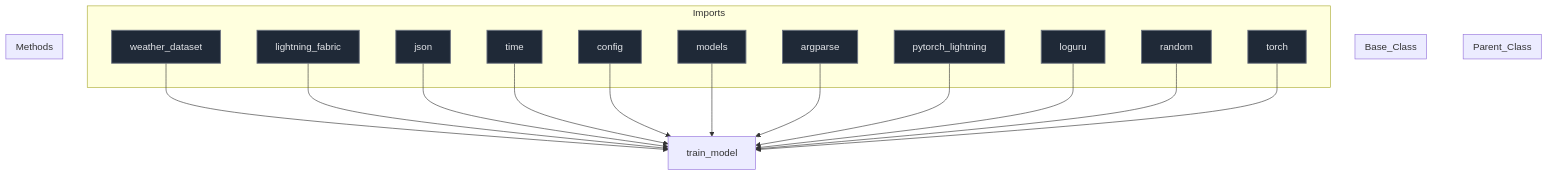
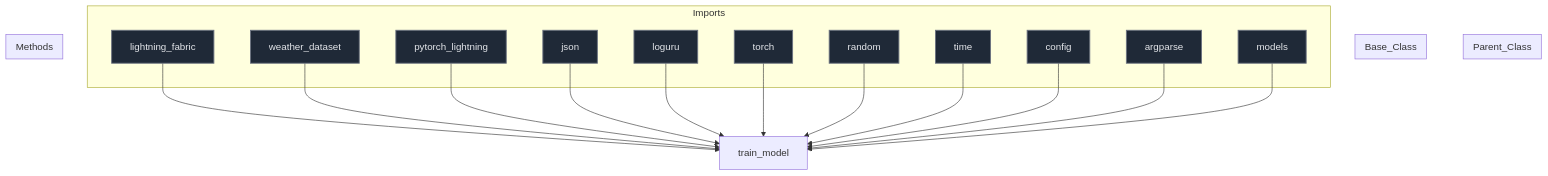
The diagram in docs/diagrams/train_model_diagram.md (mllam/neural-lam), drawn with Mermaid before and after one commit. The commit also changed 18 other files, not shown here.

Commit message:
Auto-update Mermaid diagrams

````diff
--- a/docs/diagrams/train_model_diagram.md
+++ b/docs/diagrams/train_model_diagram.md
@@ -1,51 +1,51 @@
 ```mermaid
 %%{init: {'flowchart': {'nodeSpacing': 60, 'rankSpacing': 80}}}%%
 flowchart TD
 
 module["train_model"]
 
 subgraph Parent_Class
 end
 
 subgraph Base_Class
 end
 
 
 subgraph Imports
+    lightning_fabric["lightning_fabric"]
     weather_dataset["weather_dataset"]
-    lightning_fabric["lightning_fabric"]
+    pytorch_lightning["pytorch_lightning"]
     json["json"]
+    loguru["loguru"]
+    torch["torch"]
+    random["random"]
     time["time"]
     config["config"]
+    argparse["argparse"]
     models["models"]
-    argparse["argparse"]
-    pytorch_lightning["pytorch_lightning"]
-    loguru["loguru"]
-    random["random"]
-    torch["torch"]
 end
 
+    lightning_fabric --> module
     weather_dataset --> module
-    lightning_fabric --> module
+    pytorch_lightning --> module
     json --> module
+    loguru --> module
+    torch --> module
+    random --> module
     time --> module
     config --> module
+    argparse --> module
     models --> module
-    argparse --> module
-    pytorch_lightning --> module
-    loguru --> module
-    random --> module
-    torch --> module
 
 subgraph Methods
 end
 
 
 classDef parent fill:#0f172a,stroke:#3b82f6,stroke-width:2px,color:#f1f5f9,font-size:16px
 classDef base fill:#78350f,stroke:#f59e0b,stroke-width:1px,color:#fde68a,font-size:16px
 classDef import fill:#1f2937,stroke:#6b7280,stroke-width:1.5px,color:#e5e7eb,font-size:16px
 classDef method fill:#2d043f,stroke:#7c3aed,stroke-width:1.5px,color:#ede9fe,font-size:16px
 classDef callNode fill:#064e3b,stroke:#10b981,stroke-width:1.5px,color:#d1fae5,font-size:16px
-class weather_dataset,lightning_fabric,json,time,config,models,argparse,pytorch_lightning,loguru,random,torch import
+class lightning_fabric,weather_dataset,pytorch_lightning,json,loguru,torch,random,time,config,argparse,models import
 
 ```
````
